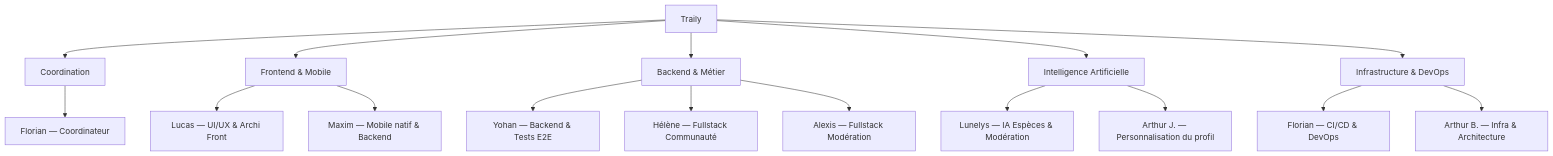
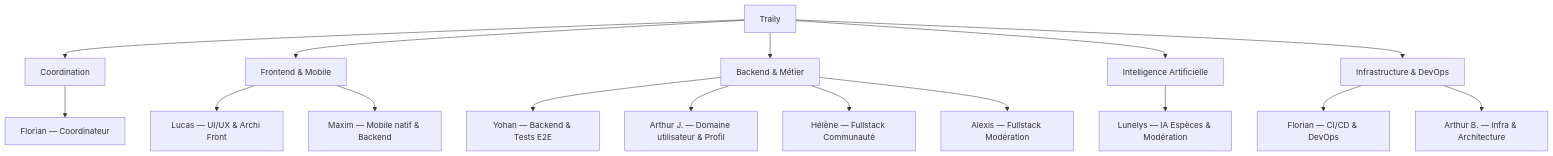
One commit to Traily-org/Docs changed the first of 2 diagrams in docs/OBS.md. Above: the diagram before and after it, drawn with Mermaid. The commit also changed other lines of this file and 1 other file, not shown here.

First line of the commit message:
docs(TRA-111): move user domain to Arthur J. and keep BACKLOG frozen

````diff
--- a/docs/OBS.md
+++ b/docs/OBS.md
@@ -7,23 +7,23 @@
 ```mermaid
 graph TD
     A["Traily"] --> B["Coordination"]
     A --> C["Frontend & Mobile"]
     A --> D["Backend & Métier"]
     A --> E["Intelligence Artificielle"]
     A --> F["Infrastructure & DevOps"]
 
     B --> B1["Florian — Coordinateur"]
 
     C --> C1["Lucas — UI/UX & Archi Front"]
     C --> C2["Maxim — Mobile natif & Backend"]
 
     D --> D1["Yohan — Backend & Tests E2E"]
+    D --> D4["Arthur J. — Domaine utilisateur & Profil"]
     D --> D2["Hélène — Fullstack Communauté"]
     D --> D3["Alexis — Fullstack Modération"]
 
     E --> E1["Lunelys — IA Espèces & Modération"]
-    E --> E2["Arthur J. — Personnalisation du profil"]
 
     F --> F1["Florian — CI/CD & DevOps"]
     F --> F2["Arthur B. — Infra & Architecture"]
 ```
````
